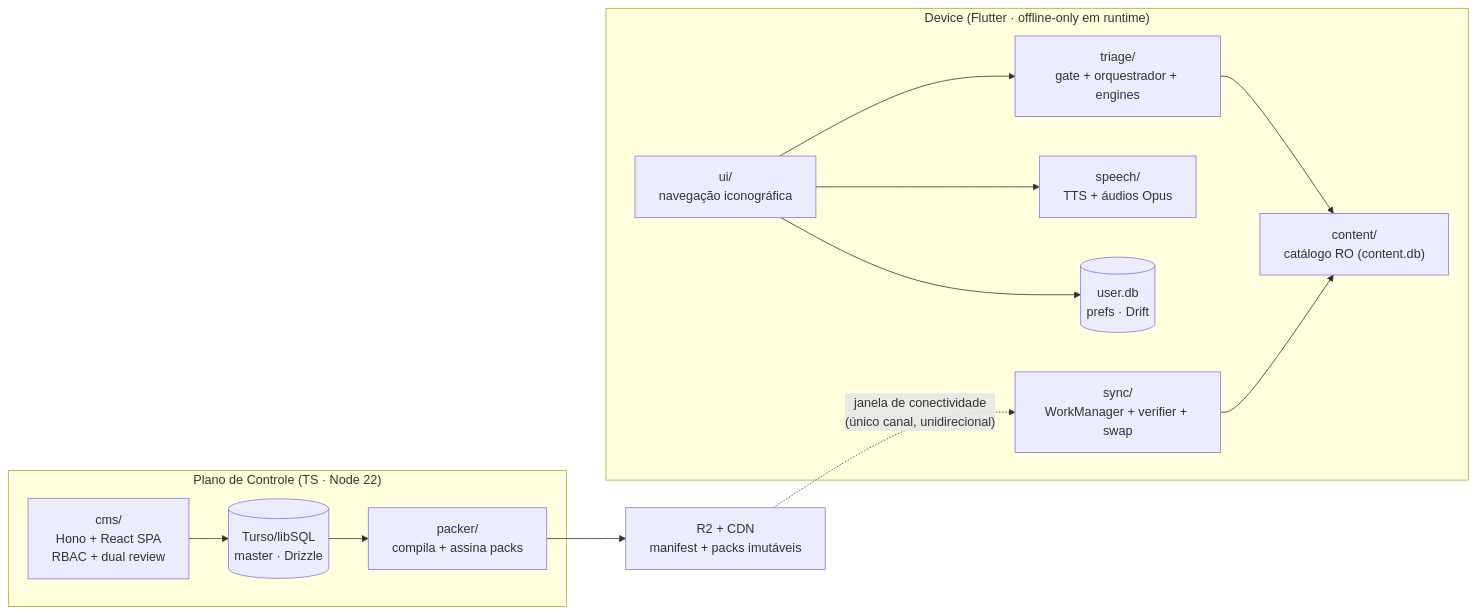
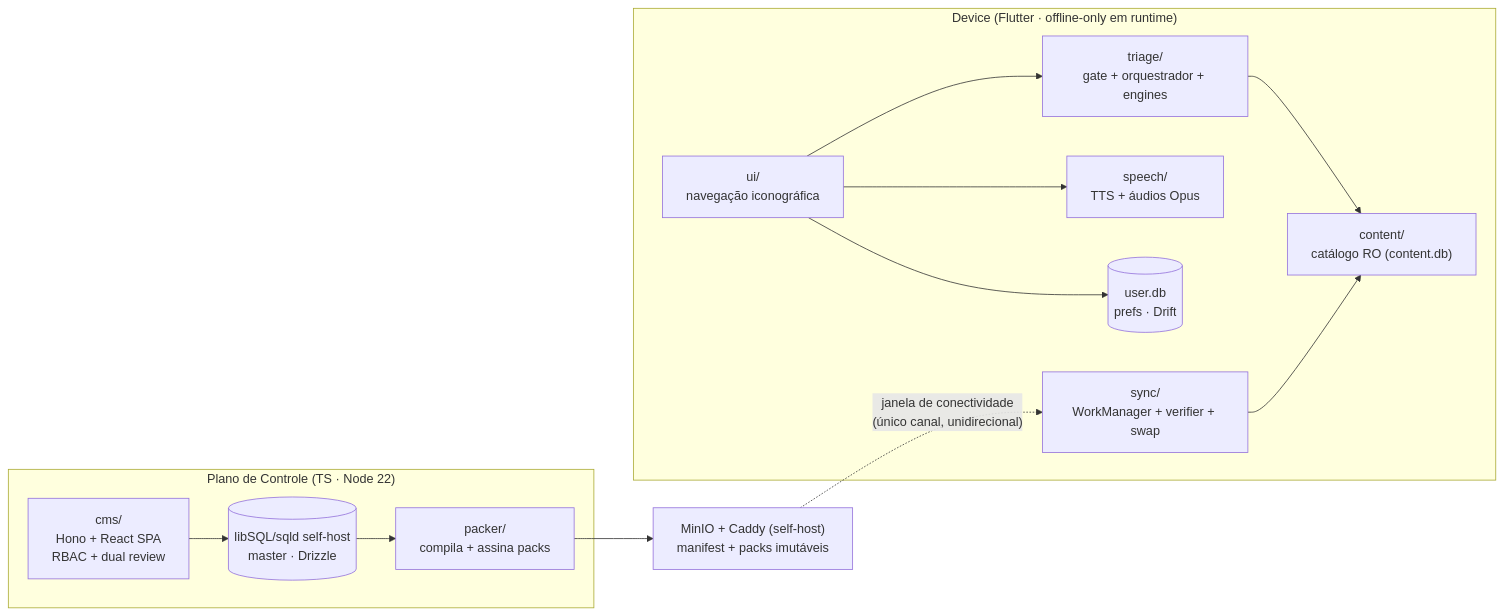
One commit to hbgit/Guia-UBS changed the first of 3 diagrams in docs/PRD.md. Above: the diagram before and after it, drawn with Mermaid. The commit also changed other lines of this file and 4 other files, not shown here.

````diff
--- a/docs/PRD.md
+++ b/docs/PRD.md
@@ -65,24 +65,24 @@
 ```mermaid
 flowchart LR
     subgraph Device["Device (Flutter · offline-only em runtime)"]
         UI["ui/\nnavegação iconográfica"]
         TR["triage/\ngate + orquestrador + engines"]
         CT["content/\ncatálogo RO (content.db)"]
         SP["speech/\nTTS + áudios Opus"]
         SY["sync/\nWorkManager + verifier + swap"]
         UD[("user.db\nprefs · Drift")]
     end
     subgraph Control["Plano de Controle (TS · Node 22)"]
         CMS["cms/\nHono + React SPA\nRBAC + dual review"]
         PK["packer/\ncompila + assina packs"]
-        DB[("Turso/libSQL\nmaster · Drizzle")]
+        DB[("libSQL/sqld self-host\nmaster · Drizzle")]
     end
-    CDN["R2 + CDN\nmanifest + packs imutáveis"]
+    CDN["MinIO + Caddy (self-host)\nmanifest + packs imutáveis"]
 
     UI --> TR --> CT
     UI --> SP
     SY --> CT
     UI --> UD
     CMS --> DB --> PK --> CDN
     CDN -.->|"janela de conectividade\n(único canal, unidirecional)"| SY
 ```
````
